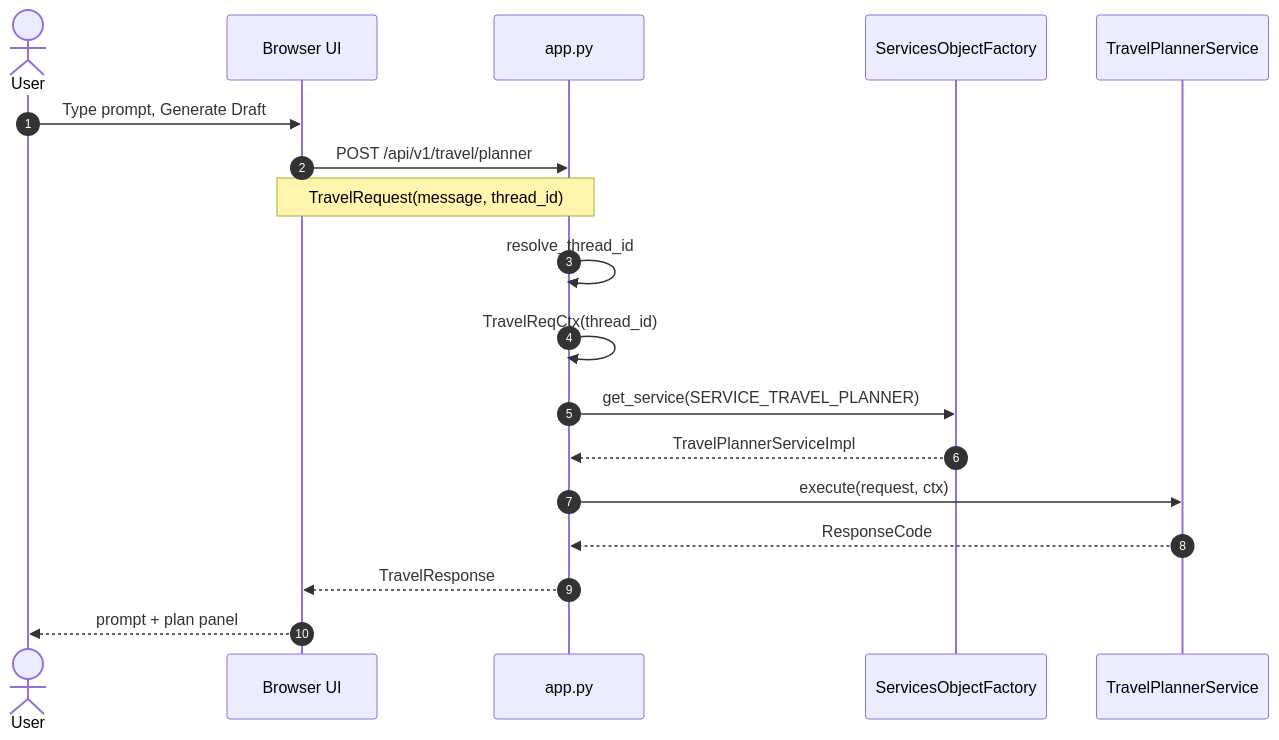
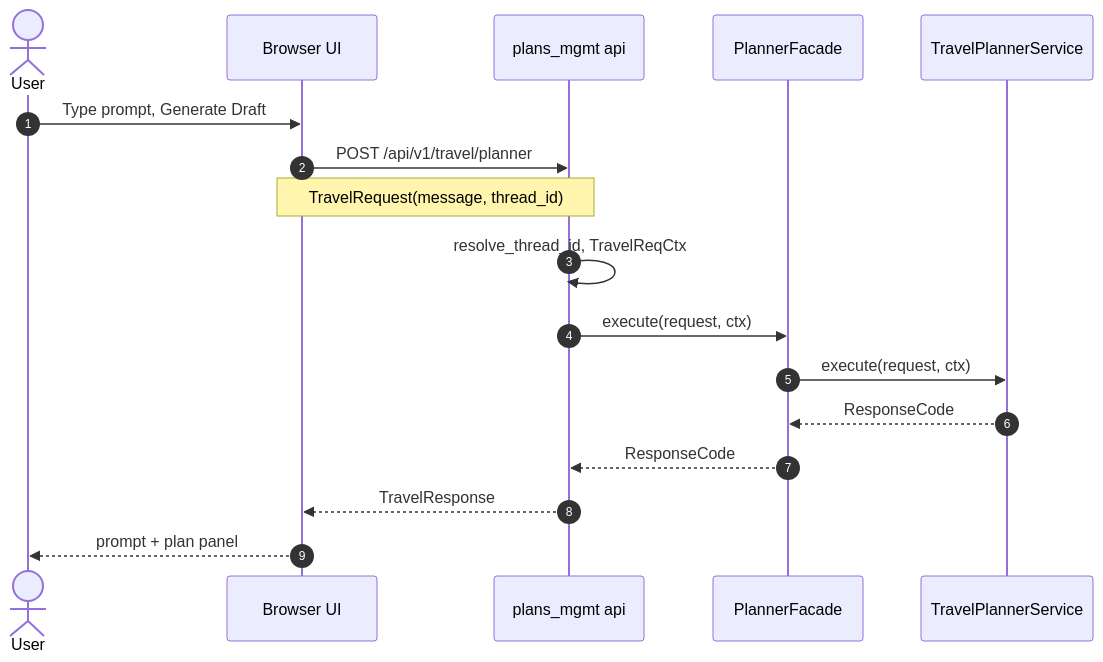
The first of 3 diagrams in Docs/Design/TravelReqAgentImpl.md (javakishore-veleti/TripMate), drawn with Mermaid before and after one commit. The commit also changed other lines of this file and 1 other file, not shown here.

````diff
--- a/Docs/Design/TravelReqAgentImpl.md
+++ b/Docs/Design/TravelReqAgentImpl.md
@@ -11,21 +11,20 @@
 ```mermaid
 sequenceDiagram
     autonumber
     actor User
     participant UI as Browser UI
-    participant App as app.py
-    participant Factory as ServicesObjectFactory
+    participant API as plans_mgmt api
+    participant Facade as PlannerFacade
     participant Svc as TravelPlannerService
 
     User->>UI: Type prompt, Generate Draft
-    UI->>App: POST /api/v1/travel/planner
-    Note over UI,App: TravelRequest(message, thread_id)
-    App->>App: resolve_thread_id
-    App->>App: TravelReqCtx(thread_id)
-    App->>Factory: get_service(SERVICE_TRAVEL_PLANNER)
-    Factory-->>App: TravelPlannerServiceImpl
-    App->>Svc: execute(request, ctx)
-    Svc-->>App: ResponseCode
-    App-->>UI: TravelResponse
+    UI->>API: POST /api/v1/travel/planner
+    Note over UI,API: TravelRequest(message, thread_id)
+    API->>API: resolve_thread_id, TravelReqCtx
+    API->>Facade: execute(request, ctx)
+    Facade->>Svc: execute(request, ctx)
+    Svc-->>Facade: ResponseCode
+    Facade-->>API: ResponseCode
+    API-->>UI: TravelResponse
     UI-->>User: prompt + plan panel
 ```
````
